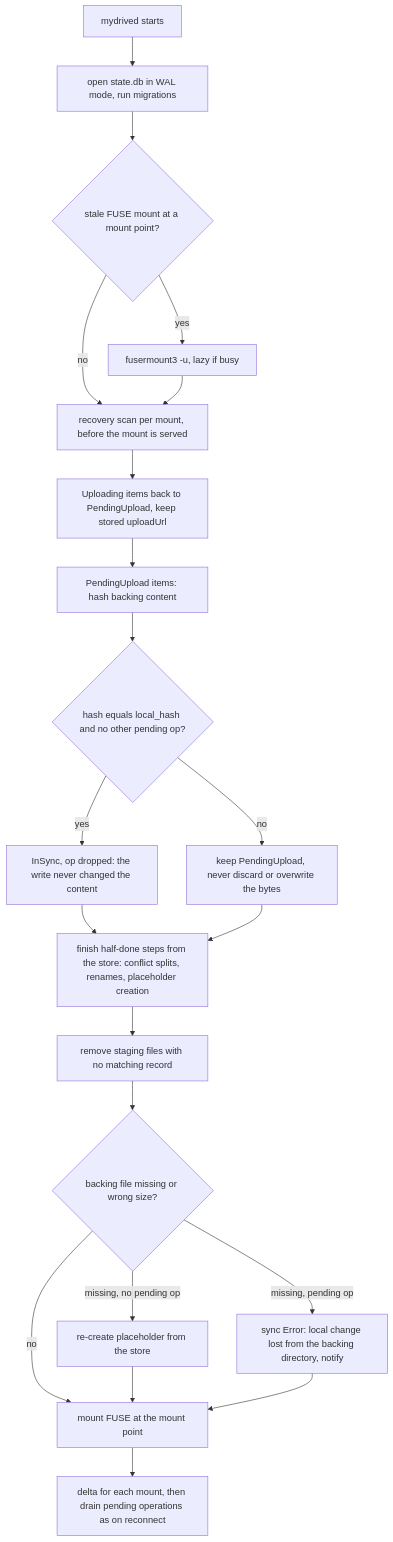
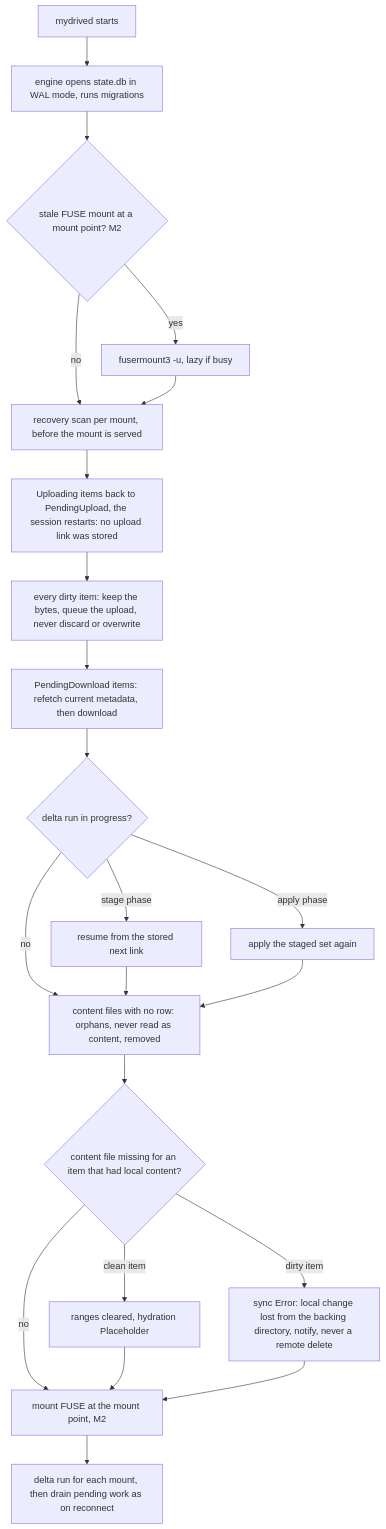
Before and after one commit to paulpitchford/my-drive: the second of 2 diagrams in docs/flows/F08-offline-and-recovery.md, drawn with Mermaid. The commit also changed other lines of this file and 19 other files, not shown here.

First line of the commit message:
docs(flows): amend flows and journeys for the M1 decisions

````diff
--- a/docs/flows/F08-offline-and-recovery.md
+++ b/docs/flows/F08-offline-and-recovery.md
@@ -56,23 +56,24 @@
 ```mermaid
 flowchart TD
-    S["mydrived starts"] --> M["open state.db in WAL mode, run migrations"]
-    M --> U{"stale FUSE mount at a mount point?"}
+    S["mydrived starts"] --> M["engine opens state.db in WAL mode, runs migrations"]
+    M --> U{"stale FUSE mount at a mount point? M2"}
     U -->|yes| UM["fusermount3 -u, lazy if busy"]
     U -->|no| R
     UM --> R["recovery scan per mount, before the mount is served"]
-    R --> R1["Uploading items back to PendingUpload, keep stored uploadUrl"]
-    R1 --> R2["PendingUpload items: hash backing content"]
-    R2 --> R3{"hash equals local_hash and no other pending op?"}
-    R3 -->|yes| R4["InSync, op dropped: the write never changed the content"]
-    R3 -->|no| R5["keep PendingUpload, never discard or overwrite the bytes"]
-    R4 --> R6
-    R5 --> R6["finish half-done steps from the store: conflict splits, renames, placeholder creation"]
-    R6 --> R7["remove staging files with no matching record"]
-    R7 --> R8{"backing file missing or wrong size?"}
-    R8 -->|"missing, no pending op"| R9["re-create placeholder from the store"]
-    R8 -->|"missing, pending op"| R10["sync Error: local change lost from the backing directory, notify"]
+    R --> R1["Uploading items back to PendingUpload, the session restarts: no upload link was stored"]
+    R1 --> R2["every dirty item: keep the bytes, queue the upload, never discard or overwrite"]
+    R2 --> R3["PendingDownload items: refetch current metadata, then download"]
+    R3 --> R4{"delta run in progress?"}
+    R4 -->|"stage phase"| R5["resume from the stored next link"]
+    R4 -->|"apply phase"| R6["apply the staged set again"]
+    R4 -->|no| R7
+    R5 --> R7
+    R6 --> R7["content files with no row: orphans, never read as content, removed"]
+    R7 --> R8{"content file missing for an item that had local content?"}
+    R8 -->|"clean item"| R9["ranges cleared, hydration Placeholder"]
+    R8 -->|"dirty item"| R10["sync Error: local change lost from the backing directory, notify, never a remote delete"]
     R8 -->|"no"| MT
     R9 --> MT
-    R10 --> MT["mount FUSE at the mount point"]
-    MT --> D["delta for each mount, then drain pending operations as on reconnect"]
+    R10 --> MT["mount FUSE at the mount point, M2"]
+    MT --> D["delta run for each mount, then drain pending work as on reconnect"]
 ```
````
